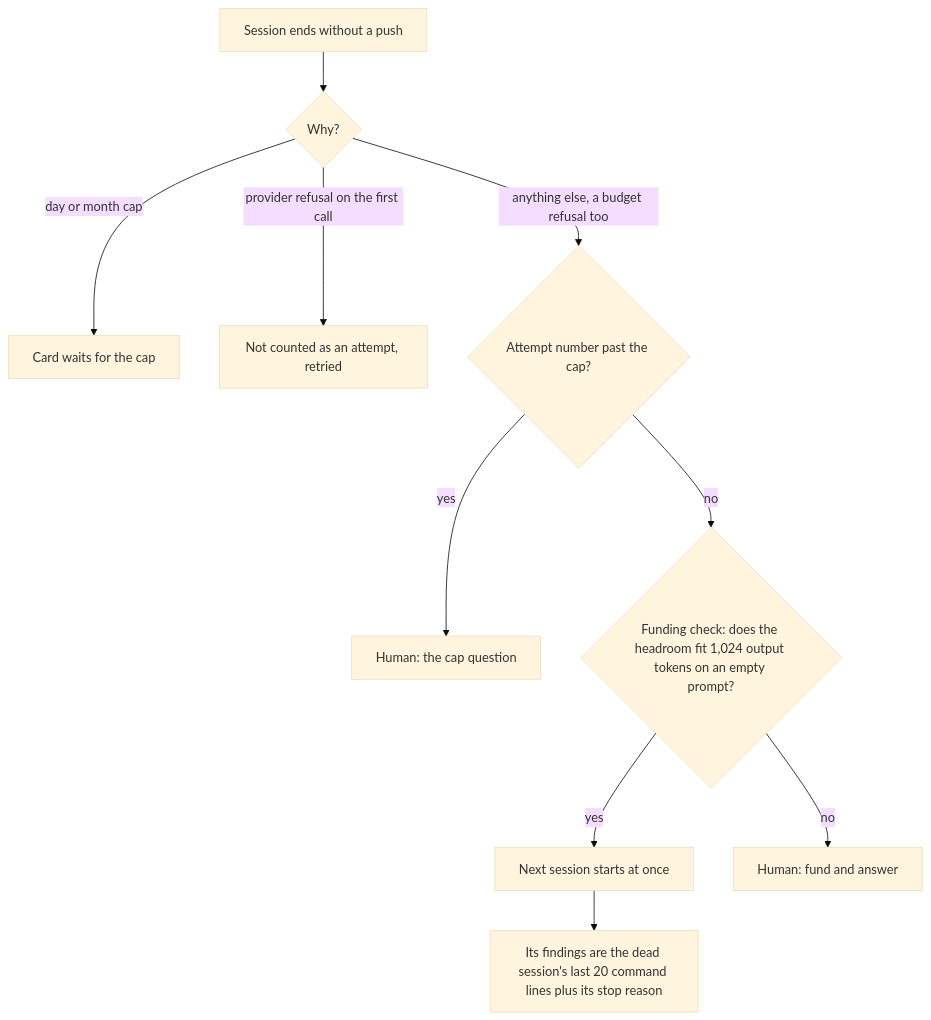
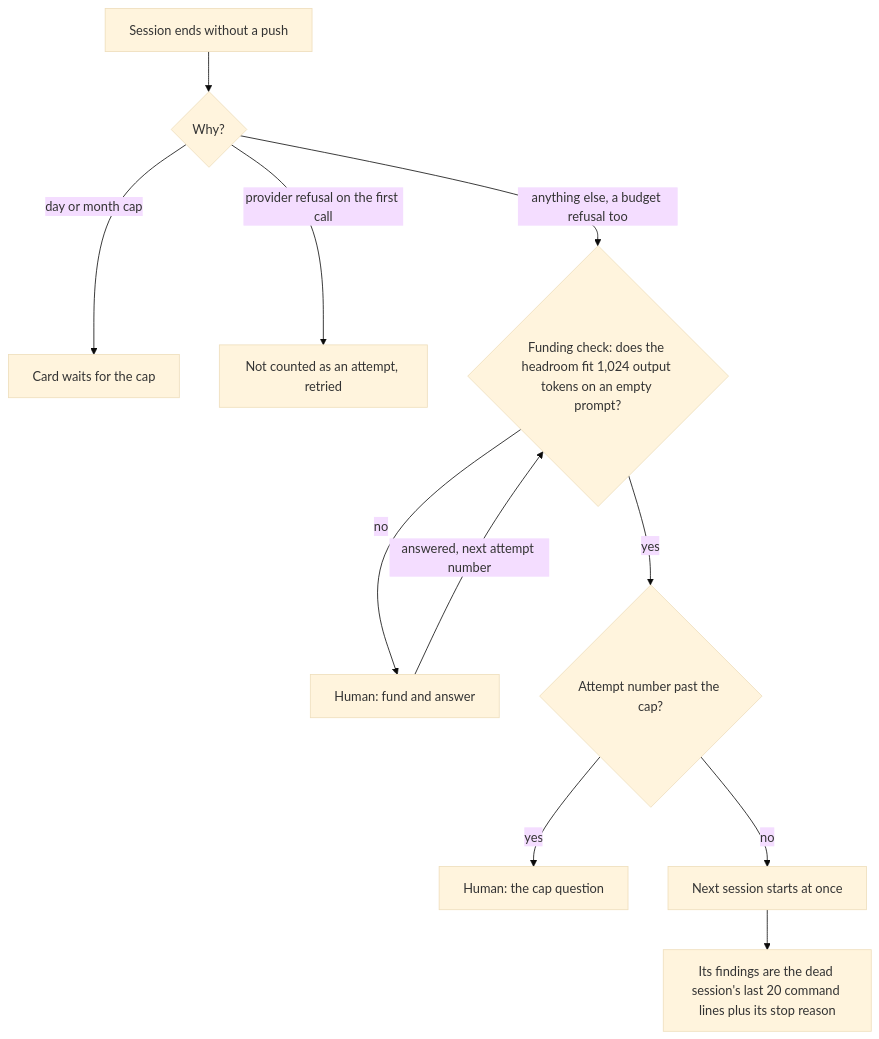
One commit to sebastianrueckerai/ai-software-factory changed the fourth of 9 diagrams in docs/escalation-ladder-redesign-2026-10-15.md. Above: the diagram before and after it, drawn with Mermaid (base theme). The commit also changed other lines of this file, not shown here.

Commit message:
Escalation ladder redesign: the term attempt, the funding check before the cap check, the pre-flight pod counts as no session, one review call for the whole diff, the check-in's own alias, the rows that need the check-in, the UI card's screen beside the ladder, and #854's lab run as human work

````diff
--- a/docs/escalation-ladder-redesign-2026-10-15.md
+++ b/docs/escalation-ladder-redesign-2026-10-15.md
@@ -165,12 +166,13 @@
 ```mermaid
 flowchart TD
   E[Session ends without a push] --> W{Why?}
   W -->|day or month cap| CAP[Card waits for the cap]
   W -->|provider refusal on the first call| NA[Not counted as an attempt, retried]
-  W -->|anything else, a budget refusal too| NEXT{Attempt number past the cap?}
+  W -->|anything else, a budget refusal too| FC{Funding check: does the headroom fit 1,024 output tokens on an empty prompt?}
+  FC -->|no| FUND[Human: fund and answer]
+  FUND -->|answered, next attempt number| FC
+  FC -->|yes| NEXT{Attempt number past the cap?}
   NEXT -->|yes| H[Human: the cap question]
-  NEXT -->|no| FC{Funding check: does the headroom fit 1,024 output tokens on an empty prompt?}
-  FC -->|yes| S[Next session starts at once]
-  FC -->|no| FUND[Human: fund and answer]
+  NEXT -->|no| S[Next session starts at once]
   S --> F["Its findings are the dead session's last 20 command lines plus its stop reason"]
 ```
````
